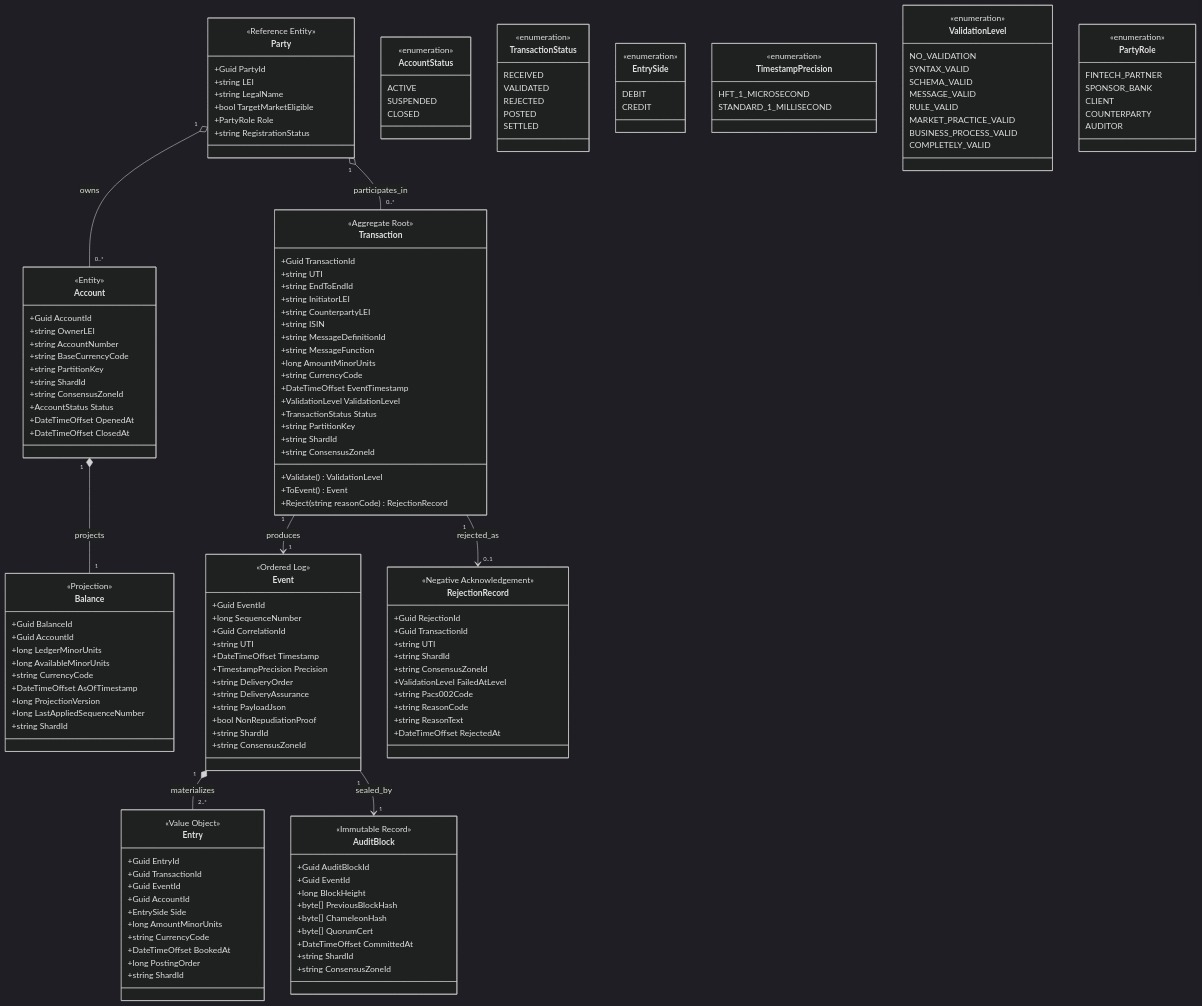
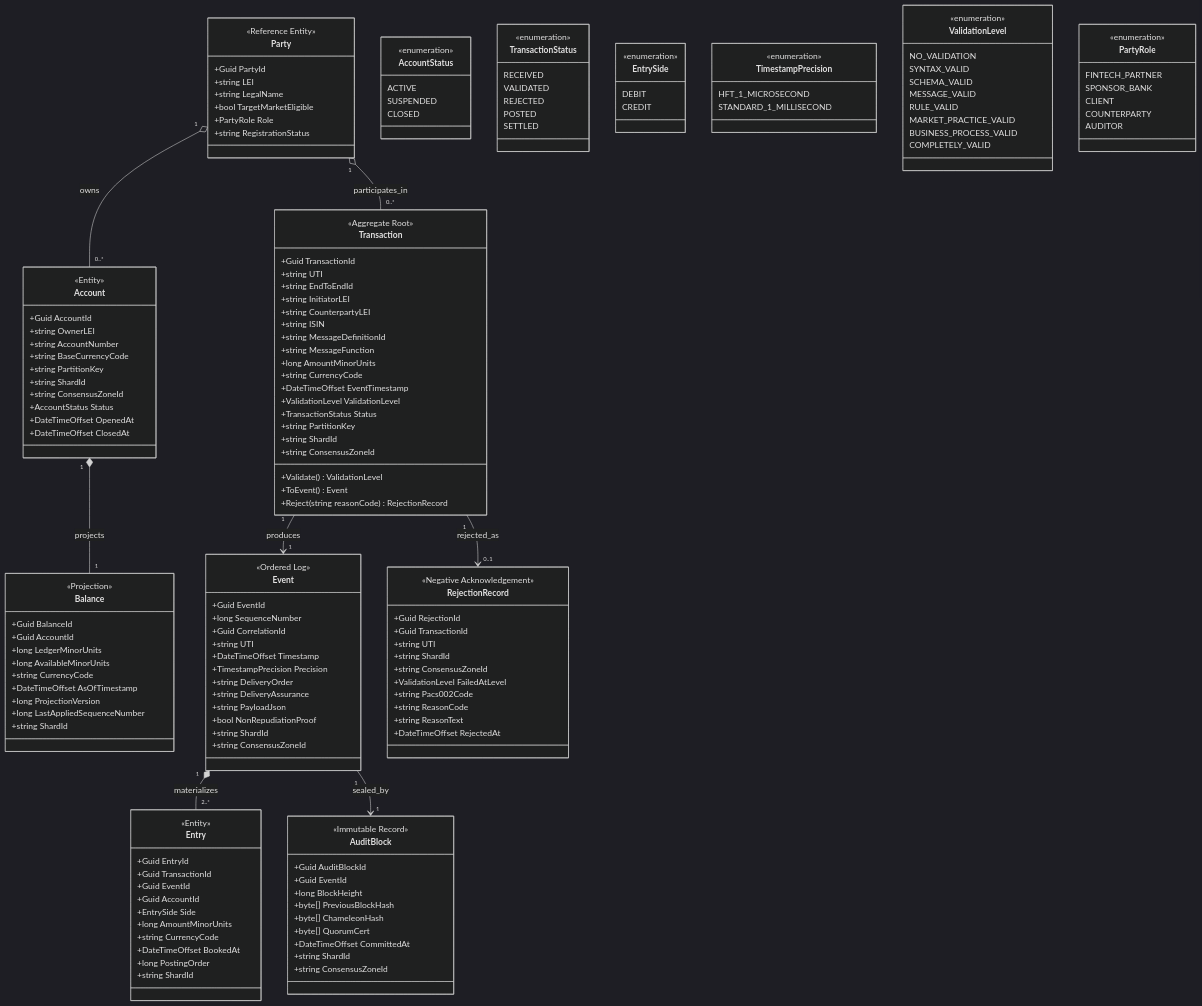
The first of 2 diagrams in docs/03_architecture/Domain-Entity-Model.md (Novav20/NeoBank-Ledger-Project), drawn with Mermaid (dark theme) before and after one commit. The commit also changed 21 other files, not shown here.

```diff
--- a/docs/03_architecture/Domain-Entity-Model.md
+++ b/docs/03_architecture/Domain-Entity-Model.md
@@ -120,7 +120,7 @@
     }
 
     class Entry {
-        <<Value Object>>
+        <<Entity>>
         +Guid EntryId
         +Guid TransactionId
         +Guid EventId
```
